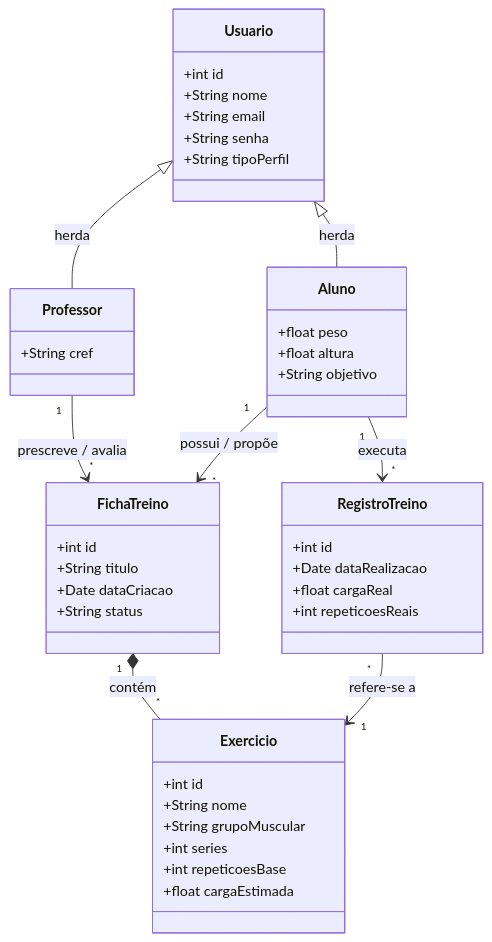
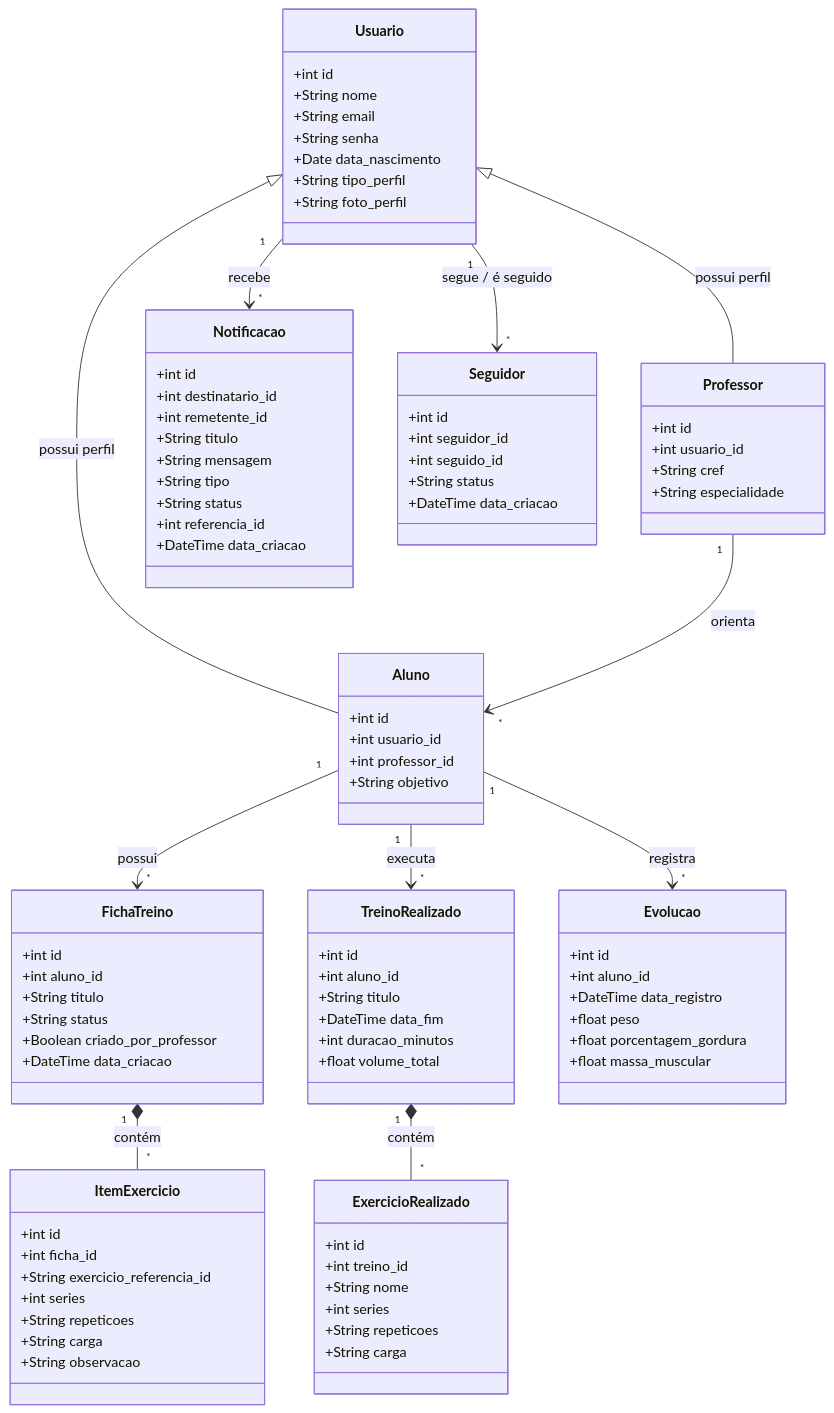
One commit to nataliamotand/projeto_eng_software changed the second of 2 diagrams in README.md. Above: the diagram before and after it, drawn with Mermaid. The commit also changed other lines of this file, not shown here.

````diff
--- a/README.md
+++ b/README.md
@@ -91,47 +123,99 @@
         +String nome
         +String email
         +String senha
-        +String tipoPerfil
+        +Date data_nascimento
+        +String tipo_perfil
+        +String foto_perfil
     }
-    
+
     class Professor {
+        +int id
+        +int usuario_id
         +String cref
+        +String especialidade
     }
-    
+
     class Aluno {
-        +float peso
-        +float altura
+        +int id
+        +int usuario_id
+        +int professor_id
         +String objetivo
     }
-    
+
     class FichaTreino {
         +int id
+        +int aluno_id
         +String titulo
-        +Date dataCriacao
         +String status
+        +Boolean criado_por_professor
+        +DateTime data_criacao
     }
-    
-    class Exercicio {
+
+    class ItemExercicio {
         +int id
+        +int ficha_id
+        +String exercicio_referencia_id
+        +int series
+        +String repeticoes
+        +String carga
+        +String observacao
+    }
+
+    class TreinoRealizado {
+        +int id
+        +int aluno_id
+        +String titulo
+        +DateTime data_fim
+        +int duracao_minutos
+        +float volume_total
+    }
+
+    class ExercicioRealizado {
+        +int id
+        +int treino_id
         +String nome
-        +String grupoMuscular
         +int series
-        +int repeticoesBase
-        +float cargaEstimada
+        +String repeticoes
+        +String carga
     }
-    
-    class RegistroTreino {
+
+    class Evolucao {
         +int id
-        +Date dataRealizacao
-        +float cargaReal
-        +int repeticoesReais
+        +int aluno_id
+        +DateTime data_registro
+        +float peso
+        +float porcentagem_gordura
+        +float massa_muscular
     }
-    
-    Usuario <|-- Professor : herda
-    Usuario <|-- Aluno : herda
-    Professor "1" --> "*" FichaTreino : prescreve / avalia
-    Aluno "1" --> "*" FichaTreino : possui / propõe
-    FichaTreino "1" *-- "*" Exercicio : contém
-    Aluno "1" --> "*" RegistroTreino : executa
-    RegistroTreino "*" --> "1" Exercicio : refere-se a
+
+    class Notificacao {
+        +int id
+        +int destinatario_id
+        +int remetente_id
+        +String titulo
+        +String mensagem
+        +String tipo
+        +String status
+        +int referencia_id
+        +DateTime data_criacao
+    }
+
+    class Seguidor {
+        +int id
+        +int seguidor_id
+        +int seguido_id
+        +String status
+        +DateTime data_criacao
+    }
+
+    Usuario <|-- Professor : possui perfil
+    Usuario <|-- Aluno : possui perfil
+    Professor "1" --> "*" Aluno : orienta
+    Aluno "1" --> "*" FichaTreino : possui
+    FichaTreino "1" *-- "*" ItemExercicio : contém
+    Aluno "1" --> "*" TreinoRealizado : executa
+    TreinoRealizado "1" *-- "*" ExercicioRealizado : contém
+    Aluno "1" --> "*" Evolucao : registra
+    Usuario "1" --> "*" Notificacao : recebe
+    Usuario "1" --> "*" Seguidor : segue / é seguido
 ```
````
